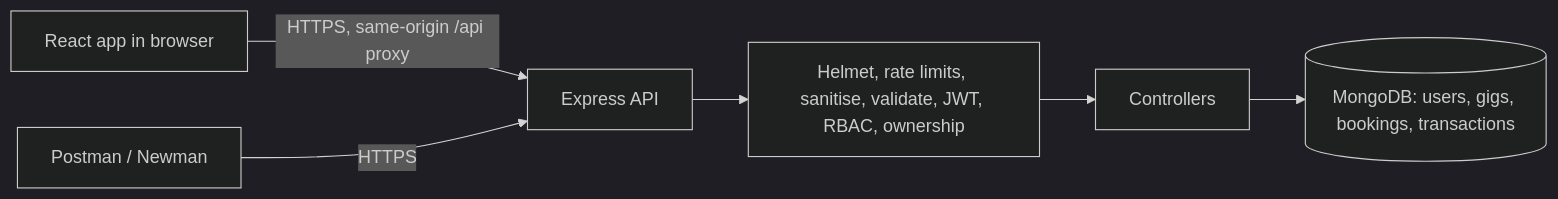
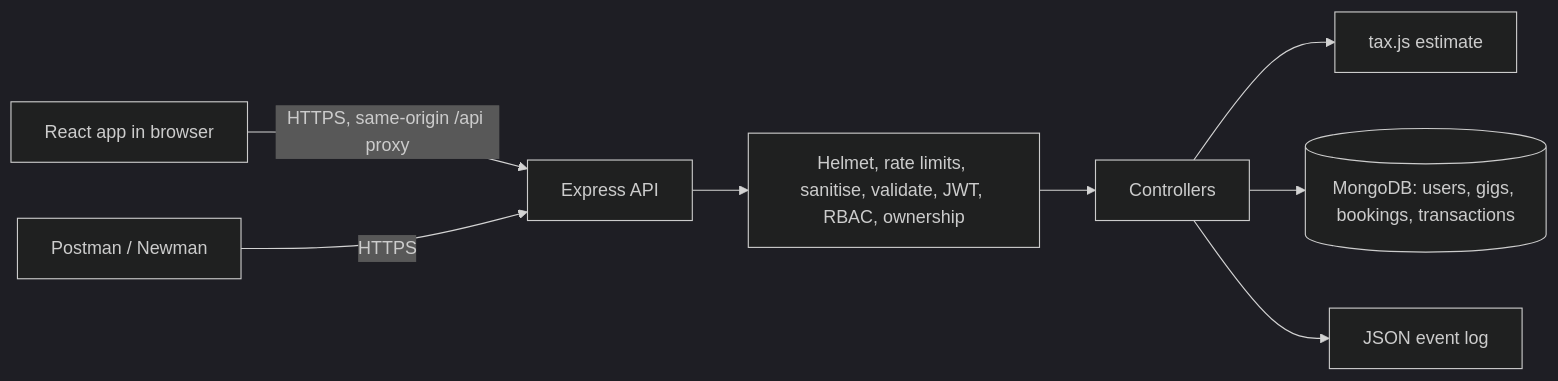
Before and after one commit to Sihl3s/HustleHub: the diagram in README.md, drawn with Mermaid (dark theme). The commit also changed other lines of this file and 40 other files, not shown here.

````diff
--- a/README.md
+++ b/README.md
@@ -116,8 +154,10 @@
 ```mermaid
 flowchart LR
   Browser[React app in browser] -->|"HTTPS, same-origin /api proxy"| Api[Express API]
   Postman[Postman / Newman] -->|HTTPS| Api
   Api --> Chain["Helmet, rate limits, sanitise, validate, JWT, RBAC, ownership"]
   Chain --> Controllers[Controllers]
+  Controllers --> Tax[tax.js estimate]
   Controllers --> Mongo[(MongoDB: users, gigs, bookings, transactions)]
+  Controllers --> Logs[JSON event log]
 ```
````
